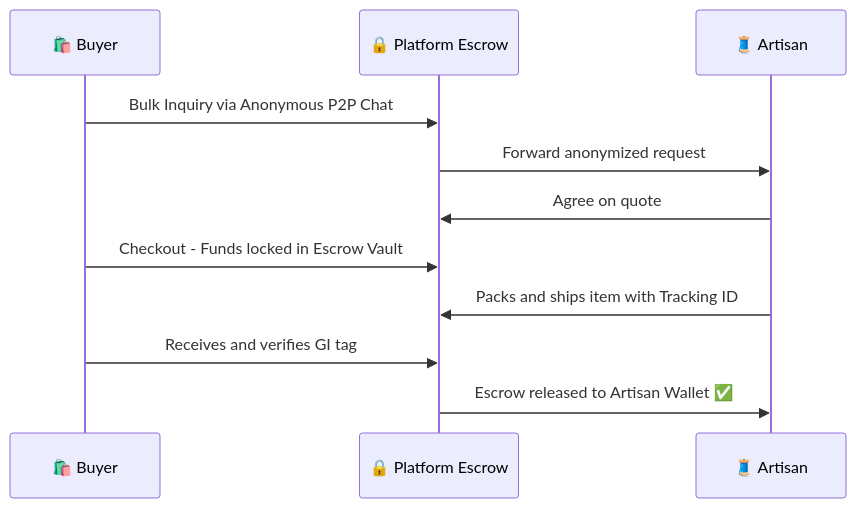
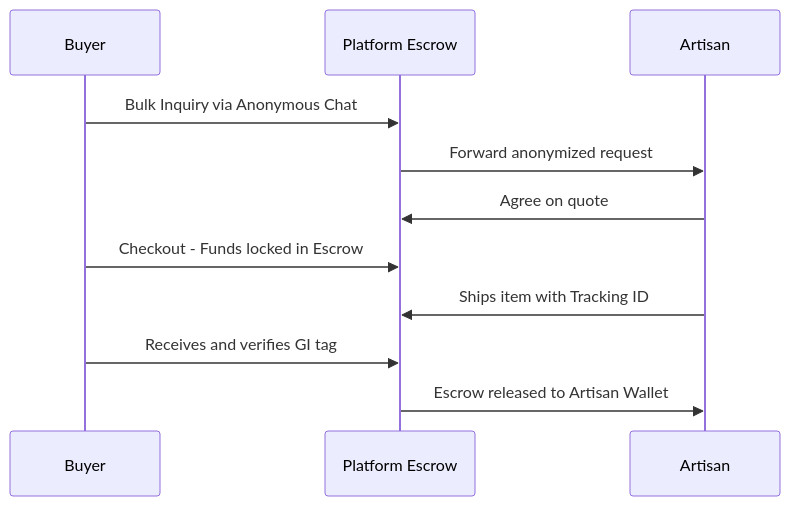
Before and after one commit to gtxPrime/dhaaga: the third of 3 diagrams in README.md, drawn with Mermaid. The commit also changed other lines of this file, not shown here.

````diff
--- a/README.md
+++ b/README.md
@@ -231,14 +214,13 @@
 ```mermaid
 sequenceDiagram
-    participant B as 🛍️ Buyer
-    participant P as 🔒 Platform Escrow
-    participant A as 🧵 Artisan
-
-    B->>P: Bulk Inquiry via Anonymous P2P Chat
+    participant B as Buyer
+    participant P as Platform Escrow
+    participant A as Artisan
+    B->>P: Bulk Inquiry via Anonymous Chat
     P->>A: Forward anonymized request
     A->>P: Agree on quote
-    B->>P: Checkout - Funds locked in Escrow Vault
-    A->>P: Packs and ships item with Tracking ID
+    B->>P: Checkout - Funds locked in Escrow
+    A->>P: Ships item with Tracking ID
     B->>P: Receives and verifies GI tag
-    P->>A: Escrow released to Artisan Wallet ✅
+    P->>A: Escrow released to Artisan Wallet
 ```
````
